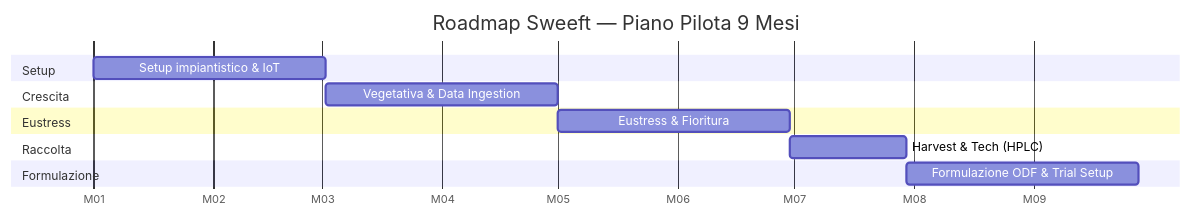
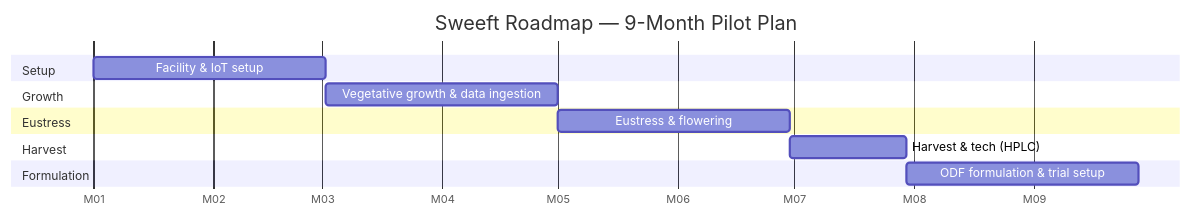
One commit to simofildi/sweeft changed the fifth of 5 diagrams in README.md. Above: the diagram before and after it, drawn with Mermaid. The commit also changed other lines of this file and 2 other files, not shown here.

````diff
--- a/README.md
+++ b/README.md
@@ -200,16 +200,16 @@
 ```mermaid
 gantt
-    title Roadmap Sweeft — Piano Pilota 9 Mesi
+    title Sweeft Roadmap — 9-Month Pilot Plan
     dateFormat  YYYY-MM-DD
     axisFormat  M%m
     section Setup
-    Setup impiantistico & IoT           :a1, 2026-01-01, 60d
-    section Crescita
-    Vegetativa & Data Ingestion          :a2, after a1, 60d
+    Facility & IoT setup                :a1, 2026-01-01, 60d
+    section Growth
+    Vegetative growth & data ingestion  :a2, after a1, 60d
     section Eustress
-    Eustress & Fioritura                :a3, after a2, 60d
-    section Raccolta
-    Harvest & Tech (HPLC)                :a4, after a3, 30d
-    section Formulazione
-    Formulazione ODF & Trial Setup       :a5, after a4, 60d
+    Eustress & flowering                :a3, after a2, 60d
+    section Harvest
+    Harvest & tech (HPLC)               :a4, after a3, 30d
+    section Formulation
+    ODF formulation & trial setup       :a5, after a4, 60d
 ```
````
